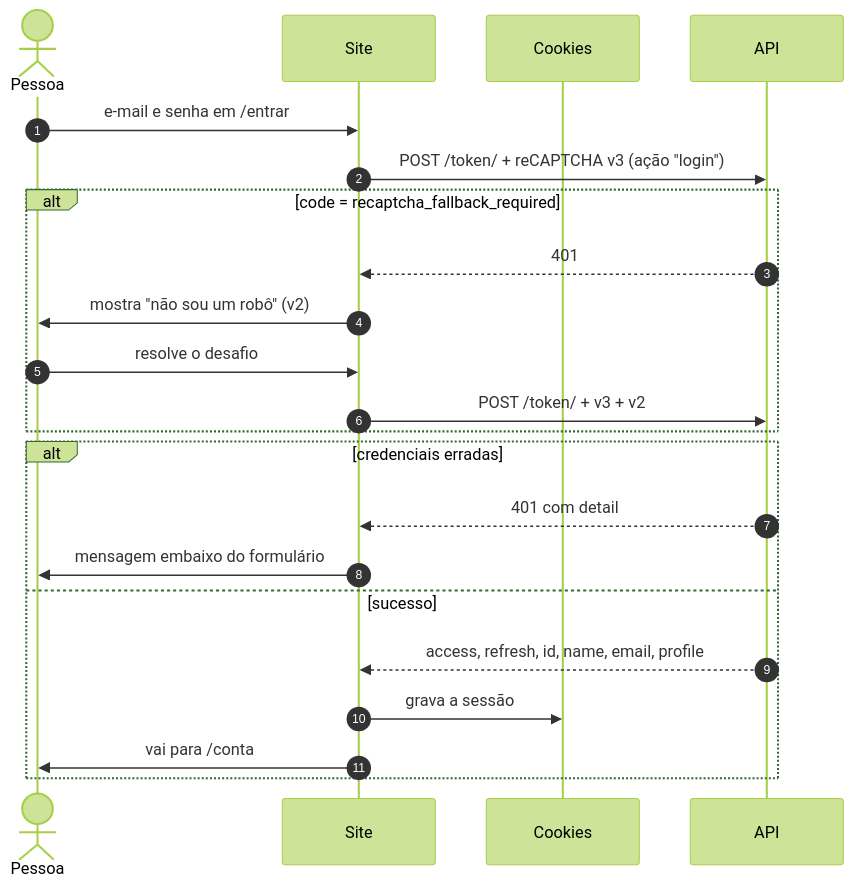
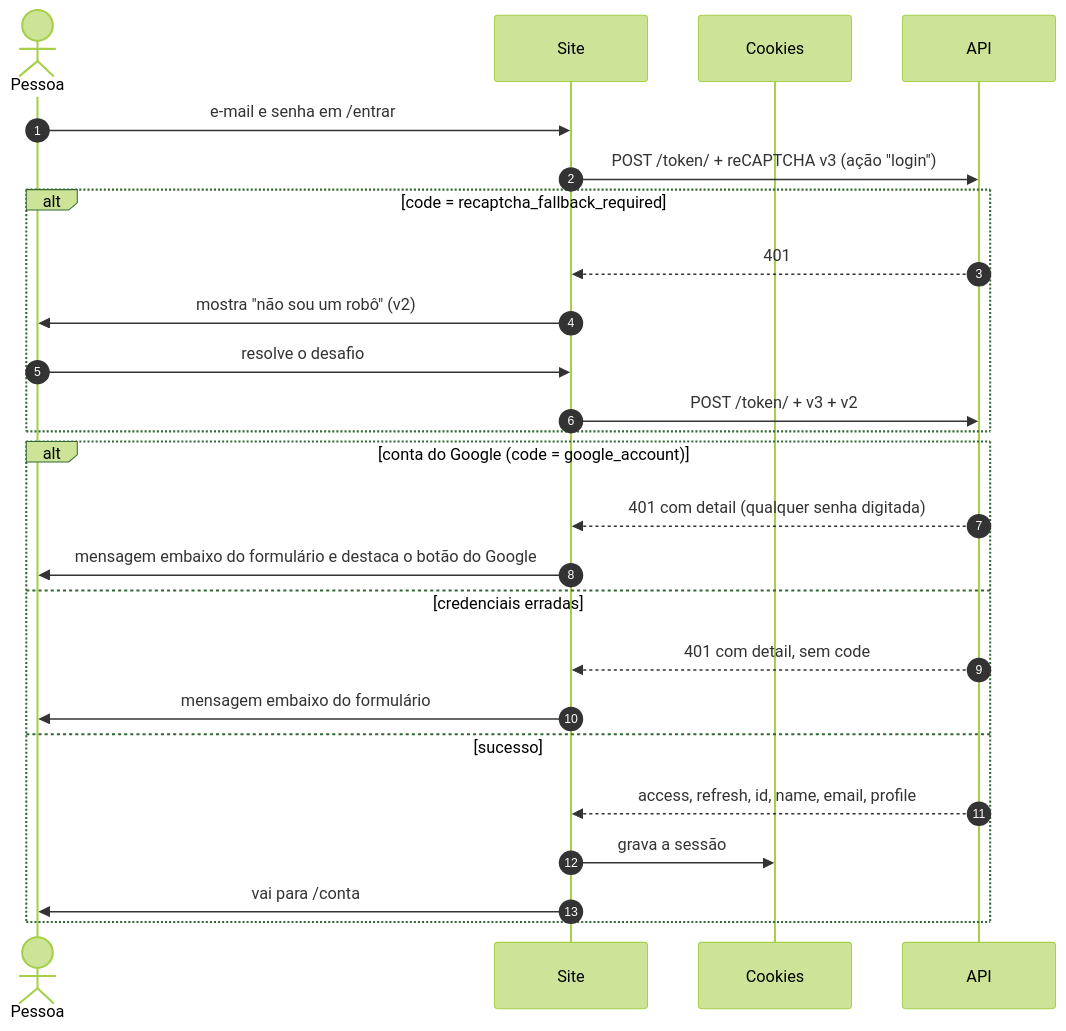
One commit to vinicius-fernandes-checkauto/checkauto-site changed the third of 10 diagrams in docs/fluxo-auth.md. Above: the diagram before and after it, drawn with Mermaid (forest theme). The commit also changed other lines of this file and 7 other files, not shown here.

First line of the commit message:
feat(auth): handle google_account on password sign-in and forgot password

````diff
--- a/docs/fluxo-auth.md
+++ b/docs/fluxo-auth.md
@@ -86,25 +86,28 @@
 ```mermaid
 sequenceDiagram
     autonumber
     actor P as Pessoa
     participant Site as Site
     participant K as Cookies
     participant API as API
 
     P->>Site: e-mail e senha em /entrar
     Site->>API: POST /token/ + reCAPTCHA v3 (ação "login")
     alt code = recaptcha_fallback_required
         API-->>Site: 401
         Site->>P: mostra "não sou um robô" (v2)
         P->>Site: resolve o desafio
         Site->>API: POST /token/ + v3 + v2
     end
-    alt credenciais erradas
-        API-->>Site: 401 com detail
+    alt conta do Google (code = google_account)
+        API-->>Site: 401 com detail (qualquer senha digitada)
+        Site->>P: mensagem embaixo do formulário e destaca o botão do Google
+    else credenciais erradas
+        API-->>Site: 401 com detail, sem code
         Site->>P: mensagem embaixo do formulário
     else sucesso
         API-->>Site: access, refresh, id, name, email, profile
         Site->>K: grava a sessão
         Site->>P: vai para /conta
     end
 ```
````
